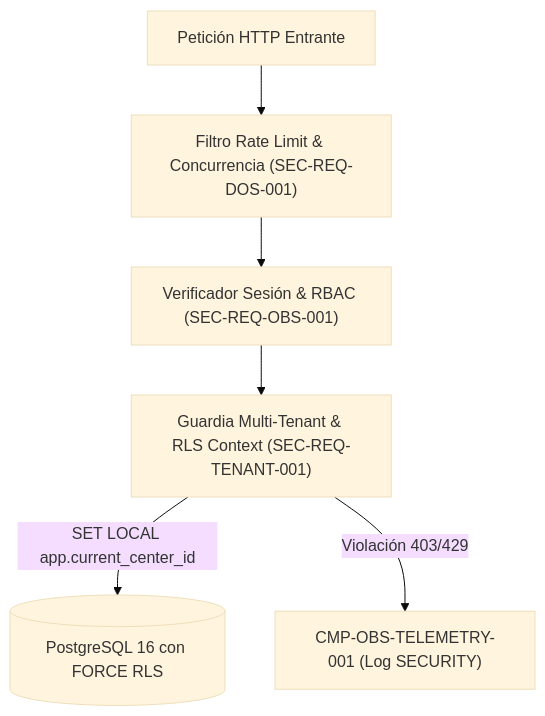
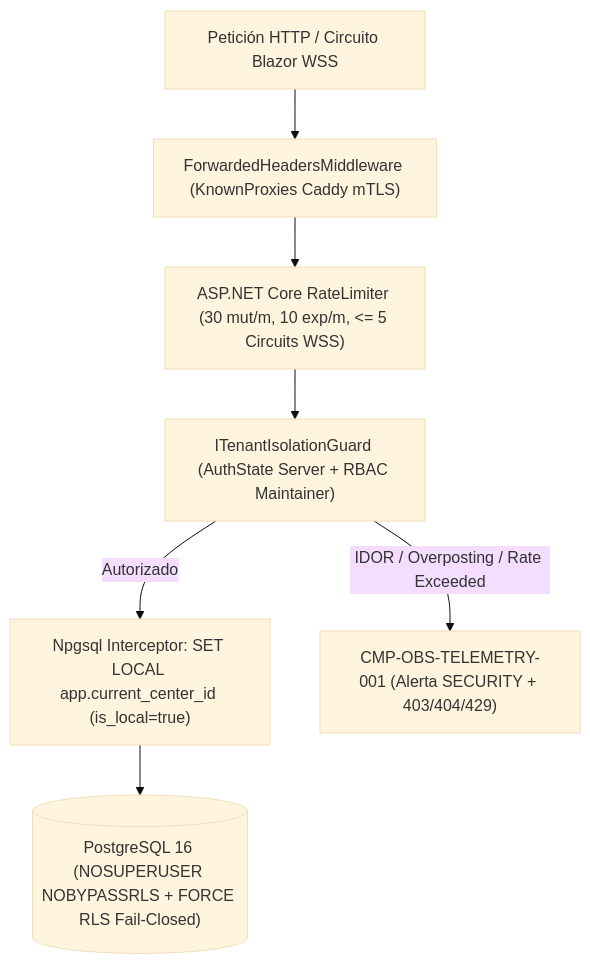
Before and after one commit to altromon/Escandallo: the diagram in specs/architecture/components/cmp-iam-tenant-001.md, drawn with Mermaid (base theme). The commit also changed other lines of this file and 125 other files, not shown here.

````diff
--- a/specs/architecture/components/cmp-iam-tenant-001.md
+++ b/specs/architecture/components/cmp-iam-tenant-001.md
@@ -52,8 +43,9 @@
 ```mermaid
 graph TD
-    Req["Petición HTTP Entrante"] --> RateLimit["Filtro Rate Limit & Concurrencia (SEC-REQ-DOS-001)"]
-    RateLimit --> Auth["Verificador Sesión & RBAC (SEC-REQ-OBS-001)"]
-    Auth --> TenantGuard["Guardia Multi-Tenant & RLS Context (SEC-REQ-TENANT-001)"]
-    TenantGuard -->|SET LOCAL app.current_center_id| DB[("PostgreSQL 16 con FORCE RLS")]
-    TenantGuard -->|Violación 403/429| Audit["CMP-OBS-TELEMETRY-001 (Log SECURITY)"]
+    Request["Petición HTTP / Circuito Blazor WSS"] --> FwdGuard["ForwardedHeadersMiddleware (KnownProxies Caddy mTLS)"]
+    FwdGuard --> RateLimiter["ASP.NET Core RateLimiter (30 mut/m, 10 exp/m, <= 5 Circuits WSS)"]
+    RateLimiter --> AuthGuard["ITenantIsolationGuard (AuthState Server + RBAC Maintainer)"]
+    AuthGuard -->|"Autorizado"| DbContext["Npgsql Interceptor: SET LOCAL app.current_center_id (is_local=true)"]
+    AuthGuard -->|"IDOR / Overposting / Rate Exceeded"| SecAlert["CMP-OBS-TELEMETRY-001 (Alerta SECURITY + 403/404/429)"]
+    DbContext --> Postgres[("PostgreSQL 16 (NOSUPERUSER NOBYPASSRLS + FORCE RLS Fail-Closed)")]
 ```
````
